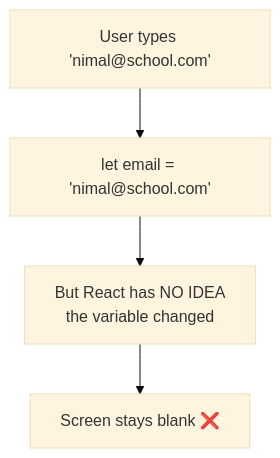
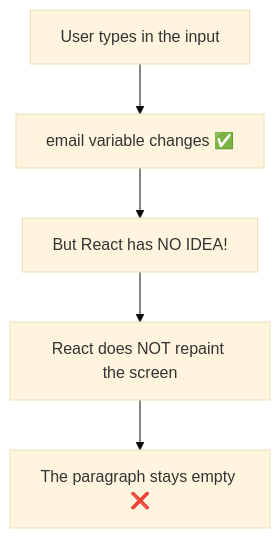
One commit to Nimsika-Bosilu/designHer_2.0-Student-Attendance-Management-System changed the fifth of 10 diagrams in frontend/README.md. Above: the diagram before and after it, drawn with Mermaid (base theme). The commit also changed other lines of this file, not shown here.

````diff
--- a/frontend/README.md
+++ b/frontend/README.md
@@ -112,6 +364,7 @@
 ```mermaid
 flowchart TD
-    A["User types 'nimal@school.com'"] --> B["let email = 'nimal@school.com'"]
-    B --> C["But React has NO IDEA\nthe variable changed"]
-    C --> D["Screen stays blank ❌"]
+    A["User types in the input"] --> B["email variable changes ✅"]
+    B --> C["But React has NO IDEA!"]
+    C --> D["React does NOT repaint the screen"]
+    D --> E["The paragraph stays empty ❌"]
 ```
````
